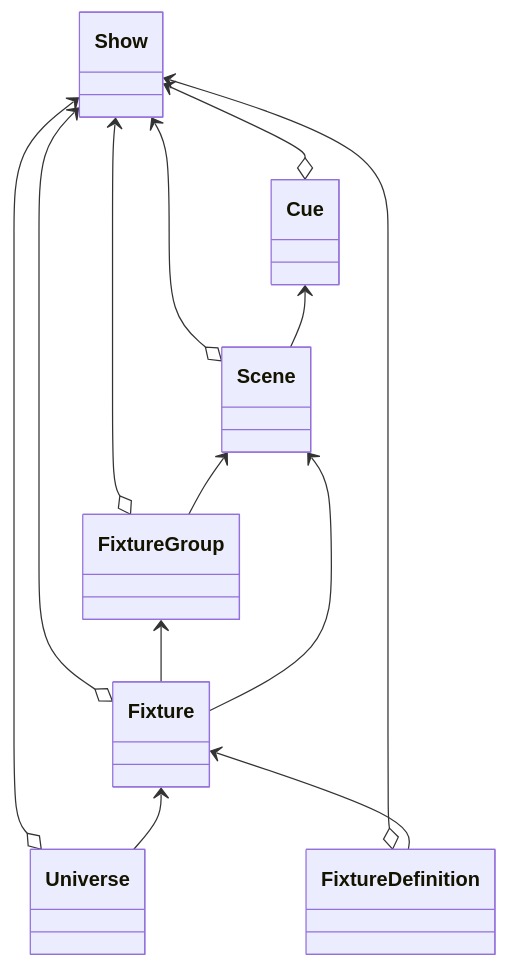
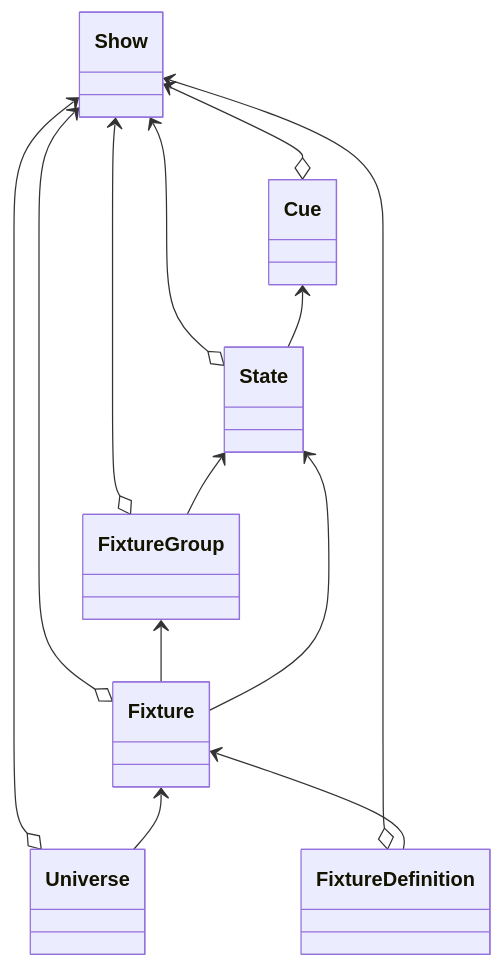
Before and after one commit to BrendanTWhite/Footlight: the diagram in docs/classes.md, drawn with Mermaid. The commit also changed other lines of this file and 6 other files, not shown here.

````diff
--- a/docs/classes.md
+++ b/docs/classes.md
@@ -13,22 +13,22 @@
 ```mermaid
 classDiagram
 
     Show <--o Universe
 
     Show <--o FixtureDefinition
 
     Show <--o Fixture
         Fixture <-- FixtureDefinition
         Fixture <-- Universe
     
     Show <--o FixtureGroup
         FixtureGroup <-- Fixture
     
-    Show <--o Scene
-        Scene <-- Fixture
-        Scene <-- FixtureGroup
+    Show <--o State
+        State <-- Fixture
+        State <-- FixtureGroup
 
     Show <--o Cue
-         Cue <-- Scene
+         Cue <-- State
 
 ```
````
